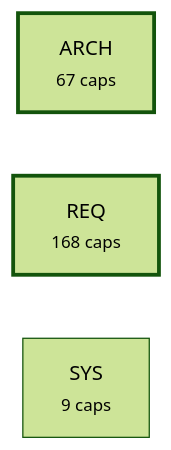
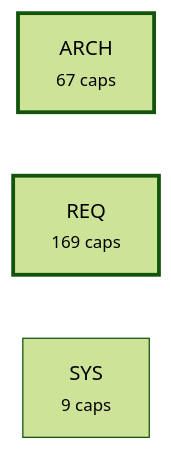
Before and after one commit to alxmax/Requirement-manager: the fourth of 5 diagrams in plugin/requirements/_map.md, drawn with Mermaid (forest theme). The commit also changed other lines of this file and 17 other files, not shown here.

````diff
--- a/plugin/requirements/_map.md
+++ b/plugin/requirements/_map.md
@@ -986,8 +987,8 @@
 ```mermaid
 graph LR
   a_ARCH["ARCH<br><small>67 caps</small>"]
-  a_REQ["REQ<br><small>168 caps</small>"]
+  a_REQ["REQ<br><small>169 caps</small>"]
   a_SYS["SYS<br><small>9 caps</small>"]
   style a_ARCH stroke-width:3px
   style a_REQ stroke-width:3px
 ```
````
